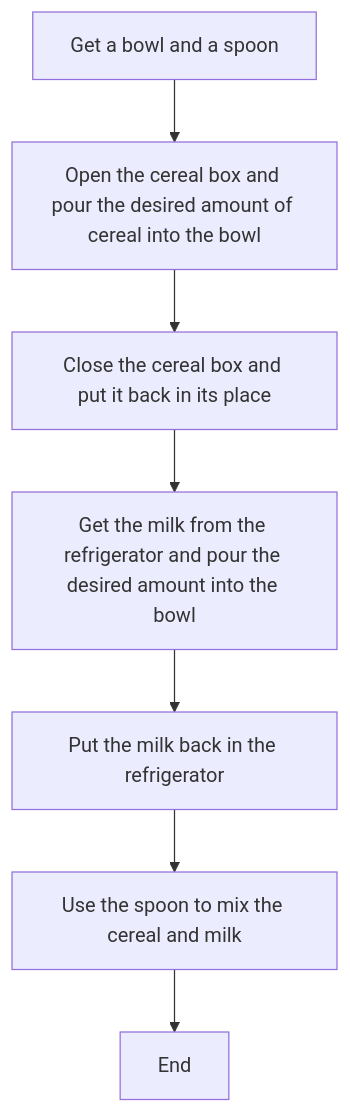
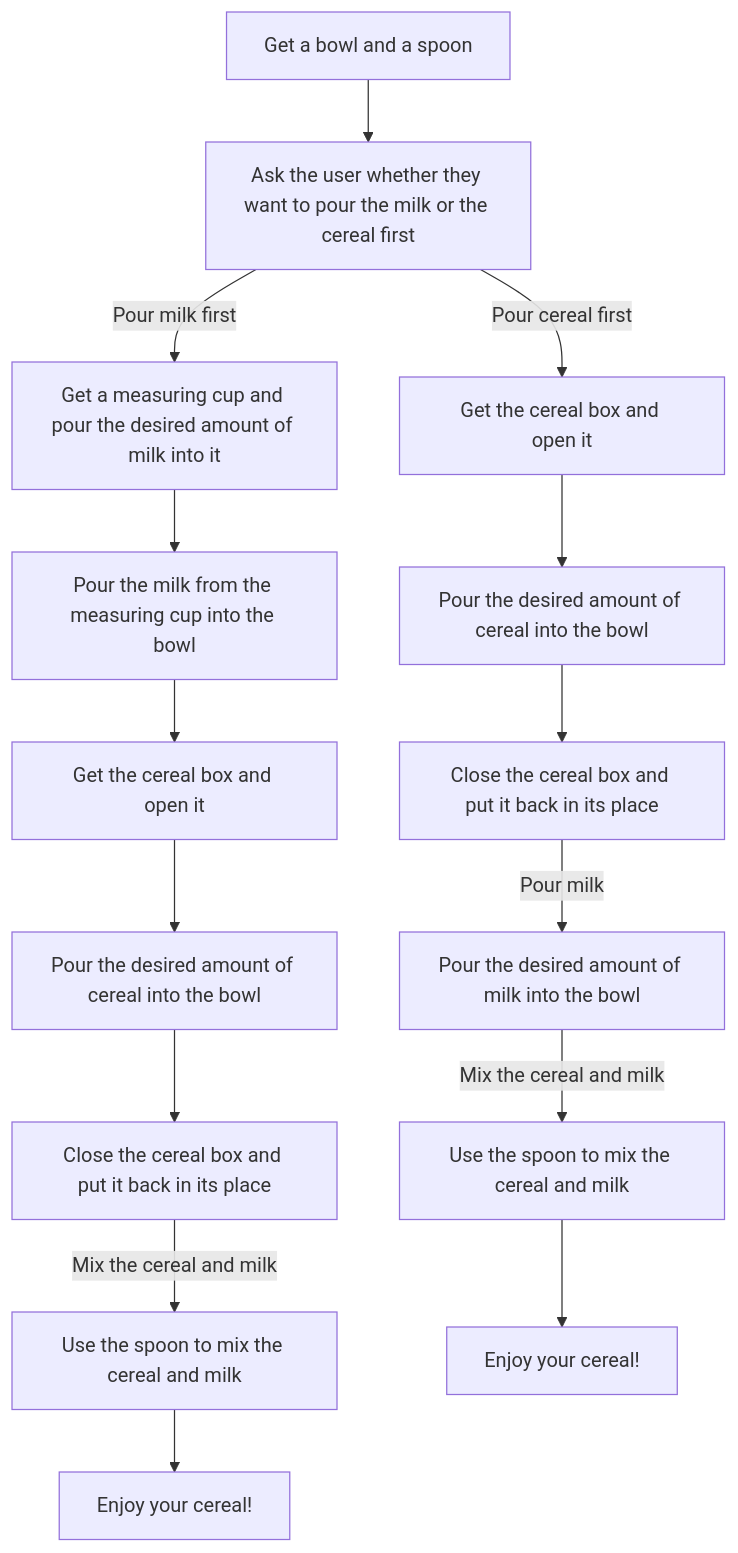
One commit to RodolfoXiloj/core-code-from-scratch-readme changed the diagram in challenges/week02/monday/README.md. Above: the diagram before and after it, drawn with Mermaid. The commit also changed other lines of this file, not shown here.

````diff
--- a/challenges/week02/monday/README.md
+++ b/challenges/week02/monday/README.md
@@ -40,9 +48,17 @@
 ```mermaid
 flowchart TD
-    A[Get a bowl and a spoon] --> B[Open the cereal box and pour the desired amount of cereal into the bowl]
-    B --> C[Close the cereal box and put it back in its place]
-    C --> D[Get the milk from the refrigerator and pour the desired amount into the bowl]
-    D --> E[Put the milk back in the refrigerator]
-    E --> F[Use the spoon to mix the cereal and milk]
-    F --> G[End]
+    A[Get a bowl and a spoon] --> B[Ask the user whether they want to pour the milk or the cereal first]
+    B -- Pour milk first --> C[Get a measuring cup and pour the desired amount of milk into it]
+    C --> D[Pour the milk from the measuring cup into the bowl]
+    D --> E[Get the cereal box and open it]
+    E --> F[Pour the desired amount of cereal into the bowl]
+    F --> G[Close the cereal box and put it back in its place]
+    G -- Mix the cereal and milk --> H[Use the spoon to mix the cereal and milk]
+    H --> I[Enjoy your cereal!]
+    B -- Pour cereal first --> J[Get the cereal box and open it]
+    J --> K[Pour the desired amount of cereal into the bowl]
+    K --> L[Close the cereal box and put it back in its place]
+    L -- Pour milk --> M[Pour the desired amount of milk into the bowl]
+    M -- Mix the cereal and milk --> N[Use the spoon to mix the cereal and milk]
+    N --> O[Enjoy your cereal!]
 ``` 
````
